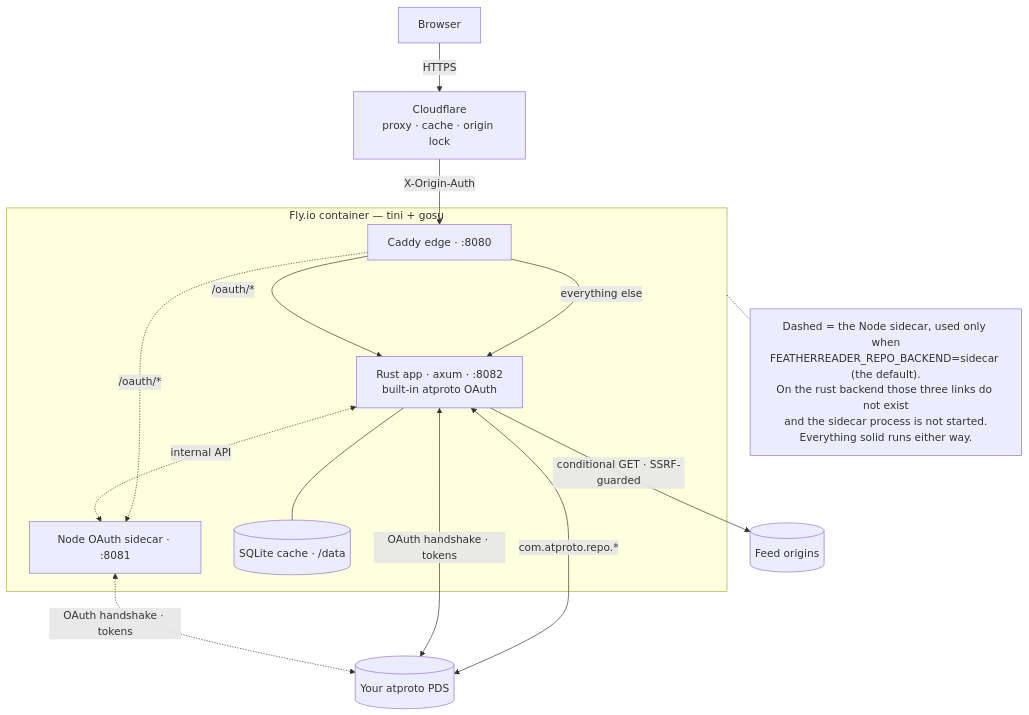
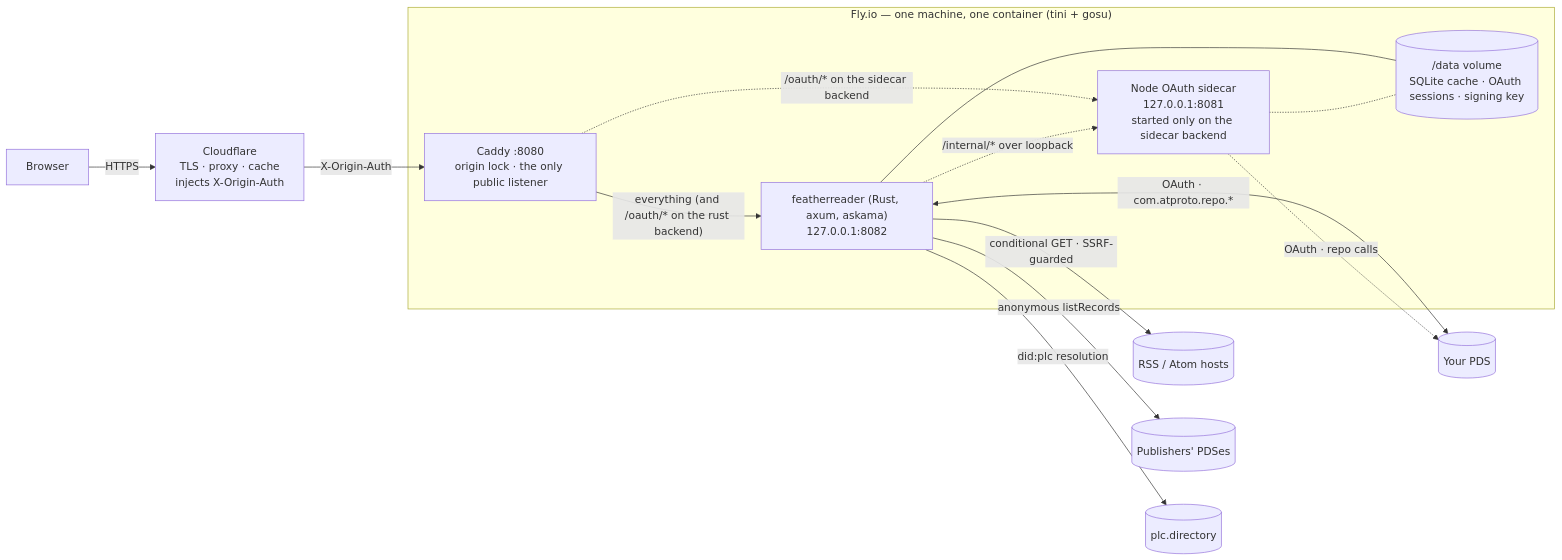
One commit to justin-stanley/feather-reader changed the diagram in design/architecture/runtime.mmd. Above: the diagram before and after it, drawn with Mermaid. The commit also changed 13 other files, not shown here.

Commit message:
docs(readme): diagrams as light/dark images again, not inline Mermaid (#245)

```diff
--- a/design/architecture/runtime.mmd
+++ b/design/architecture/runtime.mmd
@@ -1,20 +1,19 @@
-flowchart TB
-    B["Browser"] -->|"HTTPS"| CF["Cloudflare<br/>proxy · cache · origin lock"]
-    subgraph Fly["Fly.io container — tini + gosu"]
-        Caddy["Caddy edge · :8080"]
-        App["Rust app · axum · :8082<br/>built-in atproto OAuth"]
-        Side["Node OAuth sidecar · :8081"]
-        DB[("SQLite cache · /data")]
-        Caddy -->|"everything else"| App
-        Caddy -->|"/oauth/*"| App
-        Caddy -.->|"/oauth/*"| Side
-        App --- DB
-        App <-.->|"internal API"| Side
+flowchart LR
+    Browser["Browser"] -->|"HTTPS"| CF["Cloudflare<br/>TLS · proxy · cache<br/>injects X-Origin-Auth"]
+    subgraph Fly["Fly.io — one machine, one container (tini + gosu)"]
+        Caddy["Caddy :8080<br/>origin lock · the only public listener"]
+        App["featherreader (Rust, axum, askama)<br/>127.0.0.1:8082"]
+        Side["Node OAuth sidecar<br/>127.0.0.1:8081<br/>started only on the sidecar backend"]
+        Vol[("/data volume<br/>SQLite cache · OAuth sessions · signing key")]
+        Caddy -->|"everything (and /oauth/* on the rust backend)"| App
+        Caddy -.->|"/oauth/* on the sidecar backend"| Side
+        App --- Vol
+        App -.->|"/internal/* over loopback"| Side
+        Side -.- Vol
     end
     CF -->|"X-Origin-Auth"| Caddy
-    App -->|"conditional GET · SSRF-guarded"| Feeds[("Feed origins")]
-    App <-->|"com.atproto.repo.*"| PDS[("Your atproto PDS")]
-    App <-->|"OAuth handshake · tokens"| PDS
-    Side <-.->|"OAuth handshake · tokens"| PDS
-    Note["Dashed = the Node sidecar, used only when<br/>FEATHERREADER_REPO_BACKEND=sidecar (the default).<br/>On the rust backend those three links do not exist<br/>and the sidecar process is not started.<br/>Everything solid runs either way."]
-    Fly -.- Note
+    App -->|"conditional GET · SSRF-guarded"| Feeds[("RSS / Atom hosts")]
+    App <-->|"OAuth · com.atproto.repo.*"| PDS[("Your PDS")]
+    App -->|"anonymous listRecords"| Pubs[("Publishers' PDSes")]
+    App -->|"did:plc resolution"| PLC[("plc.directory")]
+    Side -.->|"OAuth · repo calls"| PDS
```
